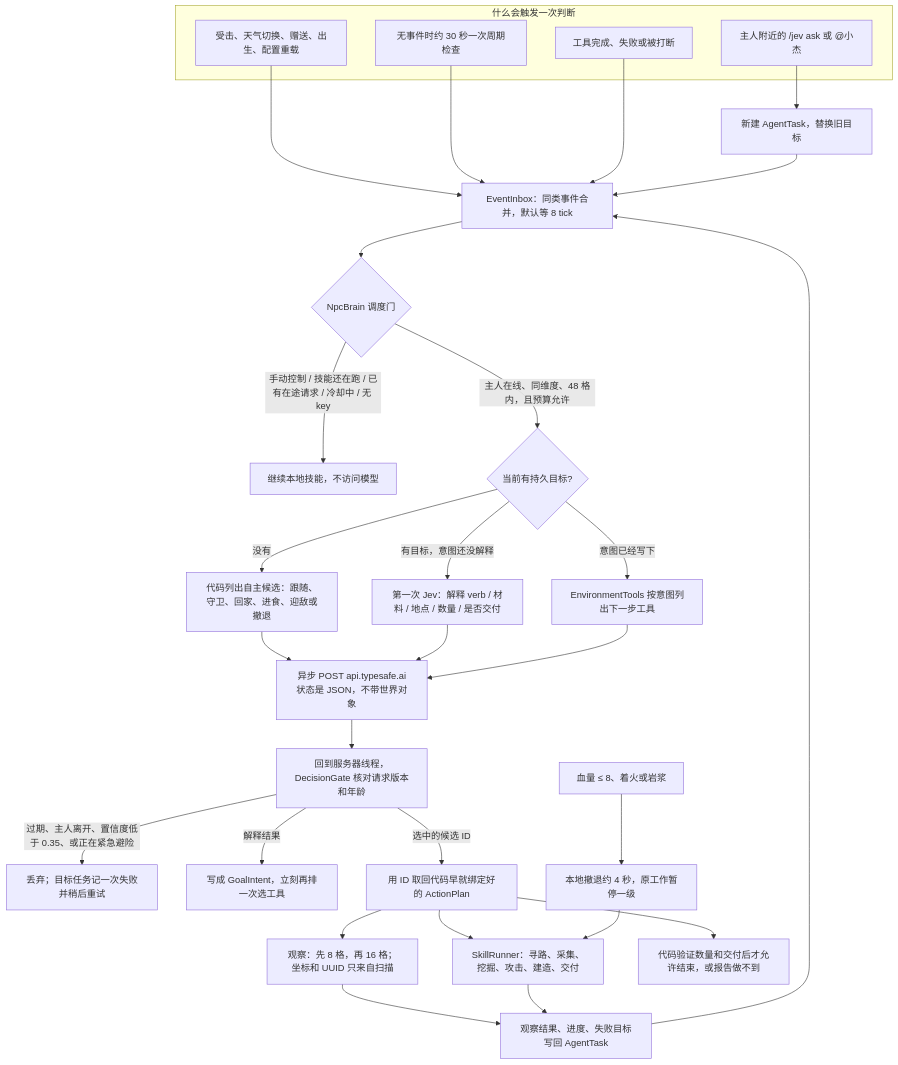
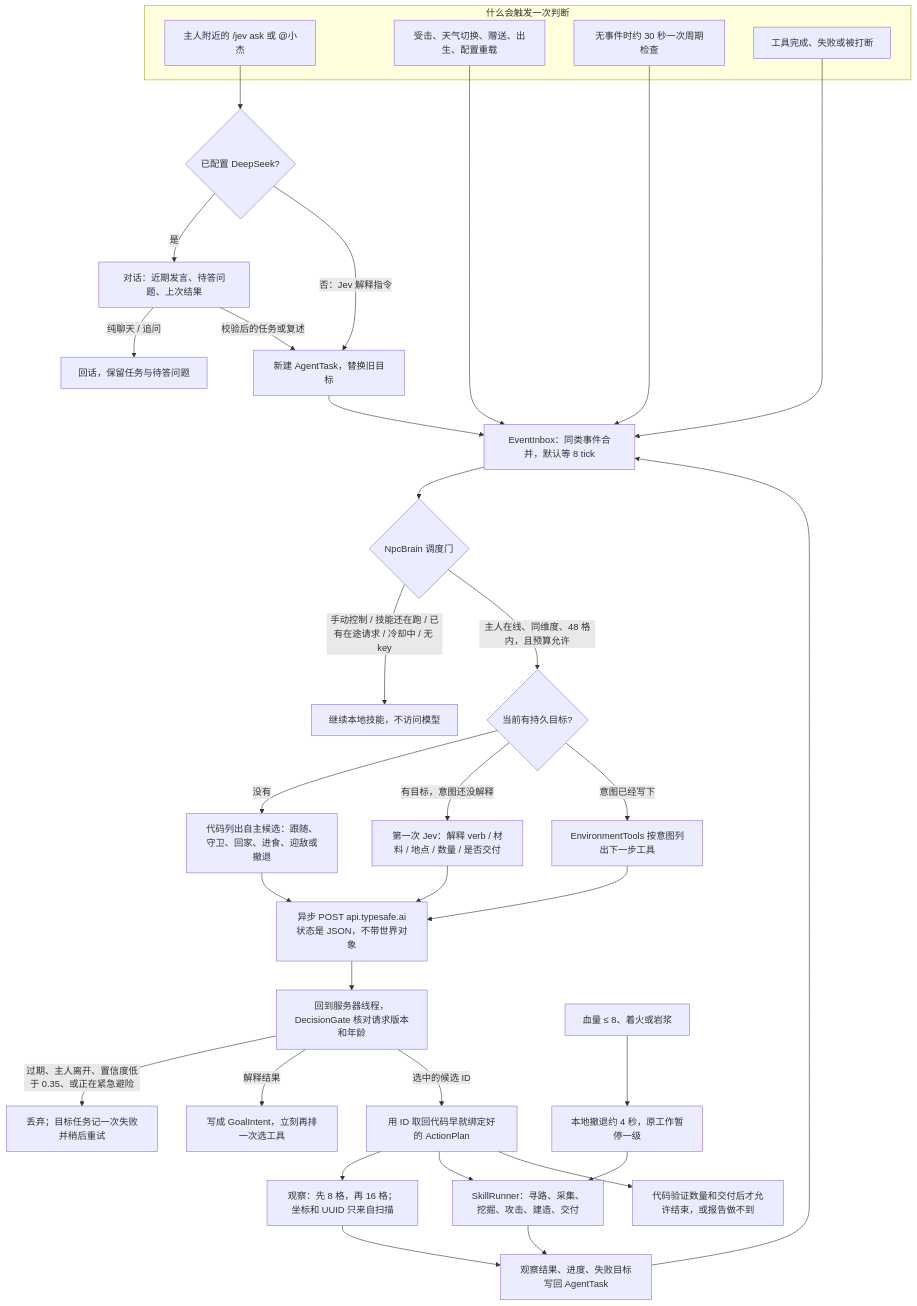
Before and after one commit to namimono/mc_jv_npc: the diagram in docs/decision-architecture.md, drawn with Mermaid. The commit also changed other lines of this file and 9 other files, not shown here.

````diff
--- a/docs/decision-architecture.md
+++ b/docs/decision-architecture.md
@@ -7,42 +7,46 @@
 ```mermaid
 flowchart TD
     subgraph triggers [什么会触发一次判断]
         Chat["主人附近的 /jev ask 或 @小杰"]
         Events["受击、天气切换、赠送、出生、配置重载"]
         Idle["无事件时约 30 秒一次周期检查"]
         ToolDone["工具完成、失败或被打断"]
     end
 
-    Chat --> NewTask["新建 AgentTask，替换旧目标"]
+    Chat --> Conversation{"已配置 DeepSeek?"}
+    Conversation -->|"是"| Dialogue["对话：近期发言、待答问题、上次结果"]
+    Dialogue -->|"纯聊天 / 追问"| Reply["回话，保留任务与待答问题"]
+    Dialogue -->|"校验后的任务或复述"| NewTask["新建 AgentTask，替换旧目标"]
+    Conversation -->|"否：Jev 解释指令"| NewTask
     Events --> Inbox["EventInbox：同类事件合并，默认等 8 tick"]
     Idle --> Inbox
     ToolDone --> Inbox
     NewTask --> Inbox
 
     Inbox --> Gate{"NpcBrain 调度门"}
     Gate -->|"手动控制 / 技能还在跑 / 已有在途请求 / 冷却中 / 无 key"| Keep["继续本地技能，不访问模型"]
     Gate -->|"主人在线、同维度、48 格内，且预算允许"| Mode{"当前有持久目标?"}
 
     Mode -->|"没有"| Auto["代码列出自主候选：跟随、守卫、回家、进食、迎敌或撤退"]
     Mode -->|"有目标，意图还没解释"| Intent["第一次 Jev：解释 verb / 材料 / 地点 / 数量 / 是否交付"]
     Mode -->|"意图已经写下"| Tools["EnvironmentTools 按意图列出下一步工具"]
 
     Auto --> Http["异步 POST api.typesafe.ai<br/>状态是 JSON，不带世界对象"]
     Intent --> Http
     Tools --> Http
 
     Http --> Back["回到服务器线程，DecisionGate 核对请求版本和年龄"]
     Back -->|"过期、主人离开、置信度低于 0.35、或正在紧急避险"| Discard["丢弃；目标任务记一次失败并稍后重试"]
     Back -->|"解释结果"| SaveIntent["写成 GoalIntent，立刻再排一次选工具"]
     Back -->|"选中的候选 ID"| Plan["用 ID 取回代码早就绑定好的 ActionPlan"]
 
     Plan --> Observe["观察：先 8 格，再 16 格；坐标和 UUID 只来自扫描"]
     Plan --> Run["SkillRunner：寻路、采集、挖掘、攻击、建造、交付"]
     Plan --> End["代码验证数量和交付后才允许结束，或报告做不到"]
     Observe --> Evidence["观察结果、进度、失败目标写回 AgentTask"]
     Run --> Evidence
     Evidence --> Inbox
 
     Hurt["血量 ≤ 8、着火或岩浆"] --> Flee["本地撤退约 4 秒，原工作暂停一级"]
     Flee --> Run
 ```
````
